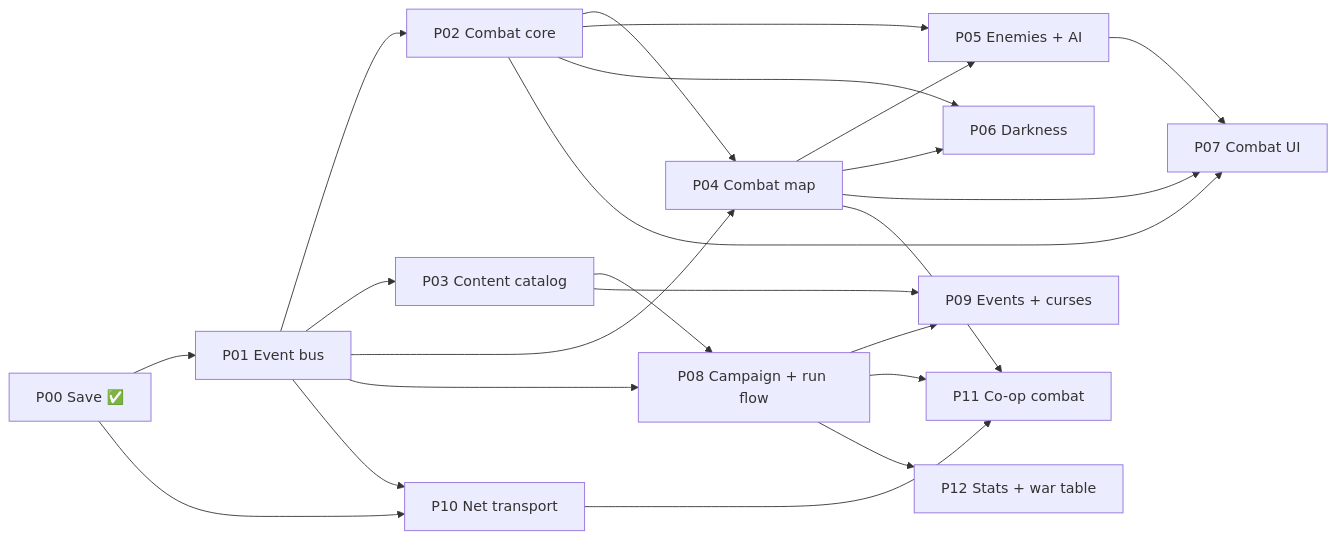
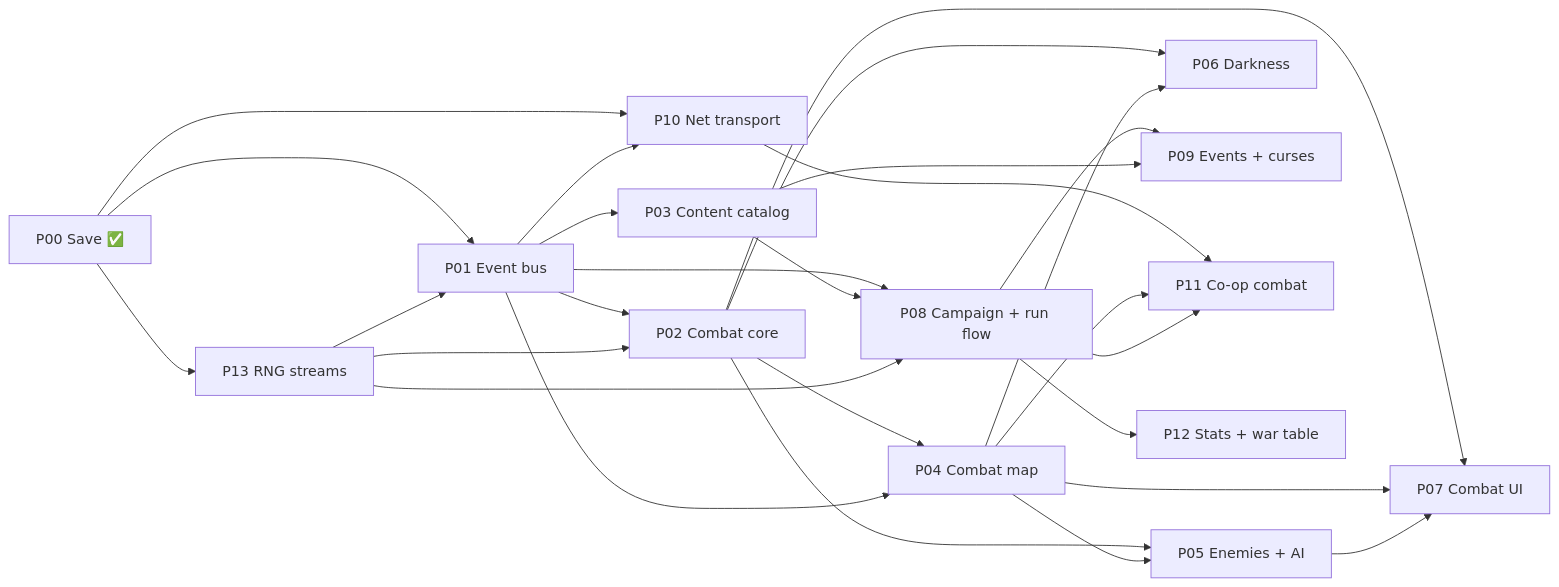
One commit to DevinHMurphy/bandit-bash changed the diagram in docs/plans/game-orchestrator.md. Above: the diagram before and after it, drawn with Mermaid. The commit also changed other lines of this file and 7 other files, not shown here.

First line of the commit message:
Approve combat core (P02) and RNG streams (P13) plans

````diff
--- a/docs/plans/game-orchestrator.md
+++ b/docs/plans/game-orchestrator.md
@@ -86,25 +88,29 @@
 ```mermaid
 flowchart LR
   P00[P00 Save ✅] --> P01[P01 Event bus]
   P01 --> P02[P02 Combat core]
   P01 --> P03[P03 Content catalog]
   P02 --> P04[P04 Combat map]
   P01 --> P04
   P02 --> P05[P05 Enemies + AI]
   P04 --> P05
   P02 --> P06[P06 Darkness]
   P04 --> P06
   P02 --> P07[P07 Combat UI]
   P04 --> P07
   P05 --> P07
   P01 --> P08[P08 Campaign + run flow]
   P03 --> P08
   P08 --> P09[P09 Events + curses]
   P03 --> P09
   P00 --> P10[P10 Net transport]
   P01 --> P10
   P10 --> P11[P11 Co-op combat]
   P04 --> P11
   P08 --> P11
   P08 --> P12[P12 Stats + war table]
+  P00 --> P13[P13 RNG streams]
+  P13 --> P01
+  P13 --> P02
+  P13 --> P08
 ```
````
